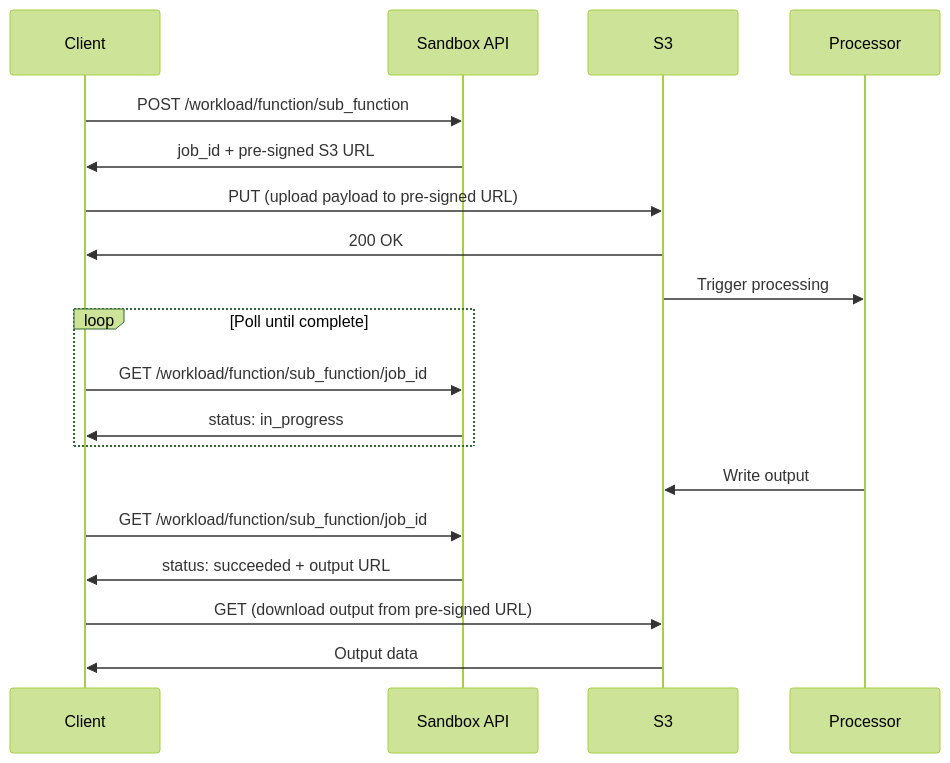
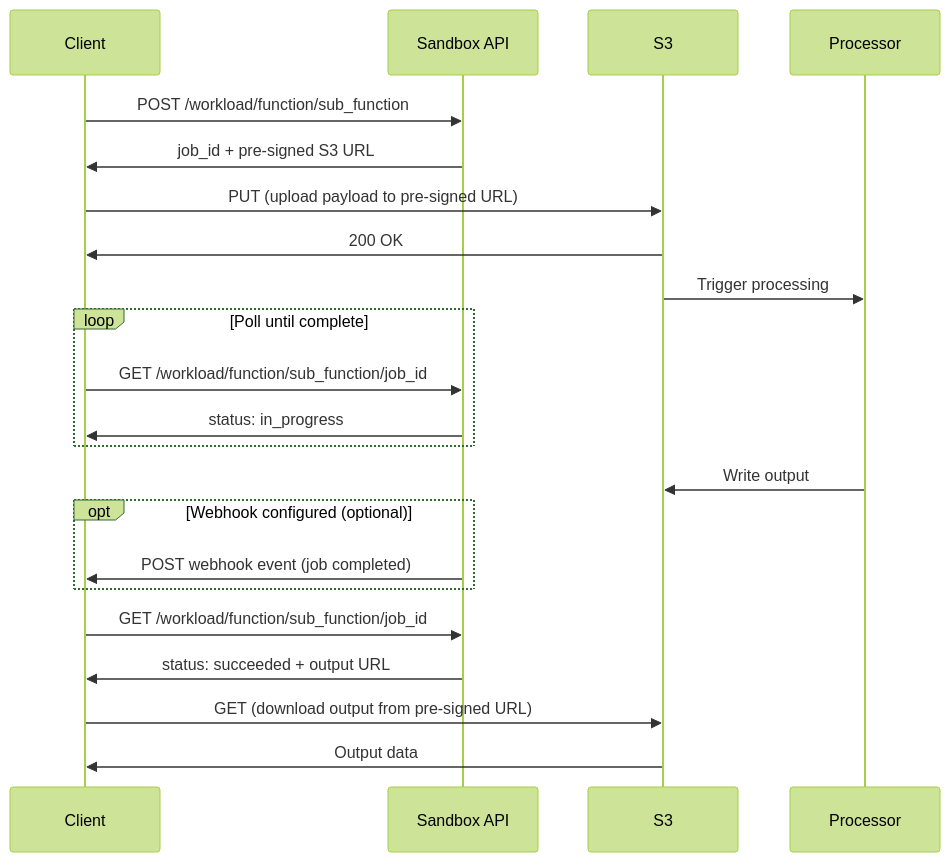
Before and after one commit to in-co-sandbox/in-co-sandbox-docs: the diagram in guides/developer-resources/job_based_apis.mdx, drawn with Mermaid (forest theme). The commit also changed other lines of this file, not shown here.

Commit message:
update job-based workflow note

````diff
--- a/guides/developer-resources/job_based_apis.mdx
+++ b/guides/developer-resources/job_based_apis.mdx
@@ -153,28 +155,32 @@
 ```mermaid
 sequenceDiagram
     participant Client
     participant Sandbox API
     participant S3
     participant Processor
 
     Client->>Sandbox API: POST /workload/function/sub_function
     Sandbox API->>Client: job_id + pre-signed S3 URL
     
     Client->>S3: PUT (upload payload to pre-signed URL)
     S3->>Client: 200 OK
     
     S3->>Processor: Trigger processing
     
     loop Poll until complete
         Client->>Sandbox API: GET /workload/function/sub_function/job_id
         Sandbox API->>Client: status: in_progress
     end
     
     Processor->>S3: Write output
     
+    opt Webhook configured (optional)
+        Sandbox API->>Client: POST webhook event (job completed)
+    end
+
     Client->>Sandbox API: GET /workload/function/sub_function/job_id
     Sandbox API->>Client: status: succeeded + output URL
     
     Client->>S3: GET (download output from pre-signed URL)
     S3->>Client: Output data
 ```
````
